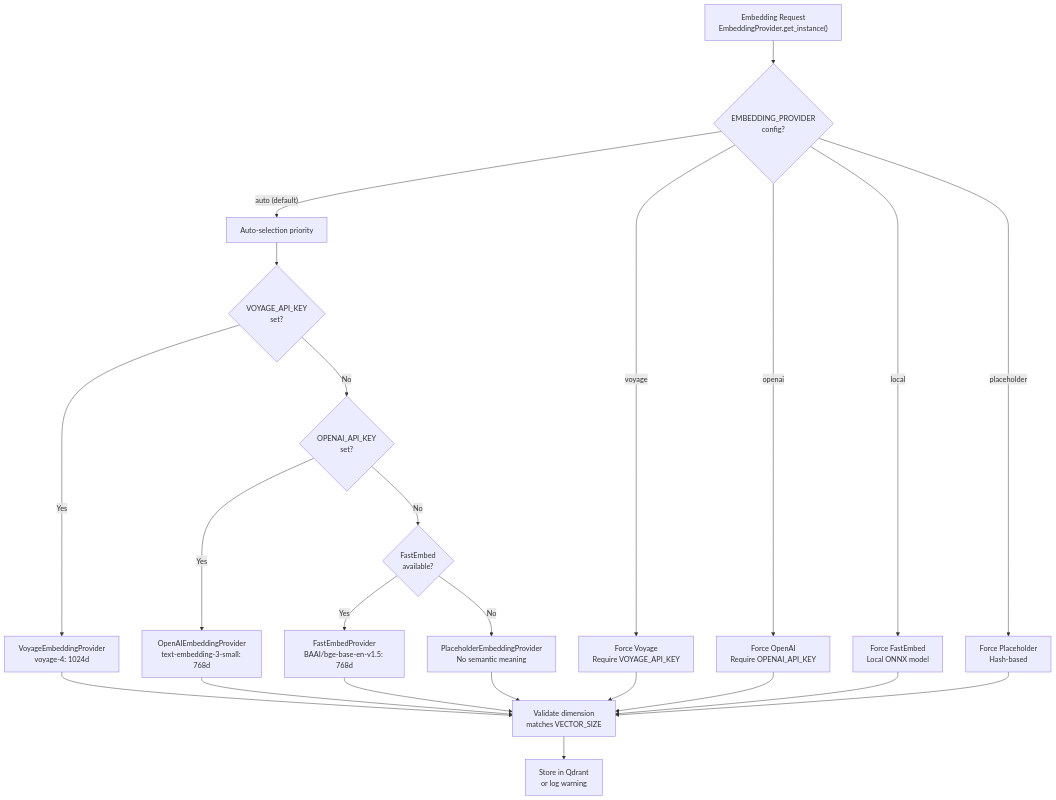
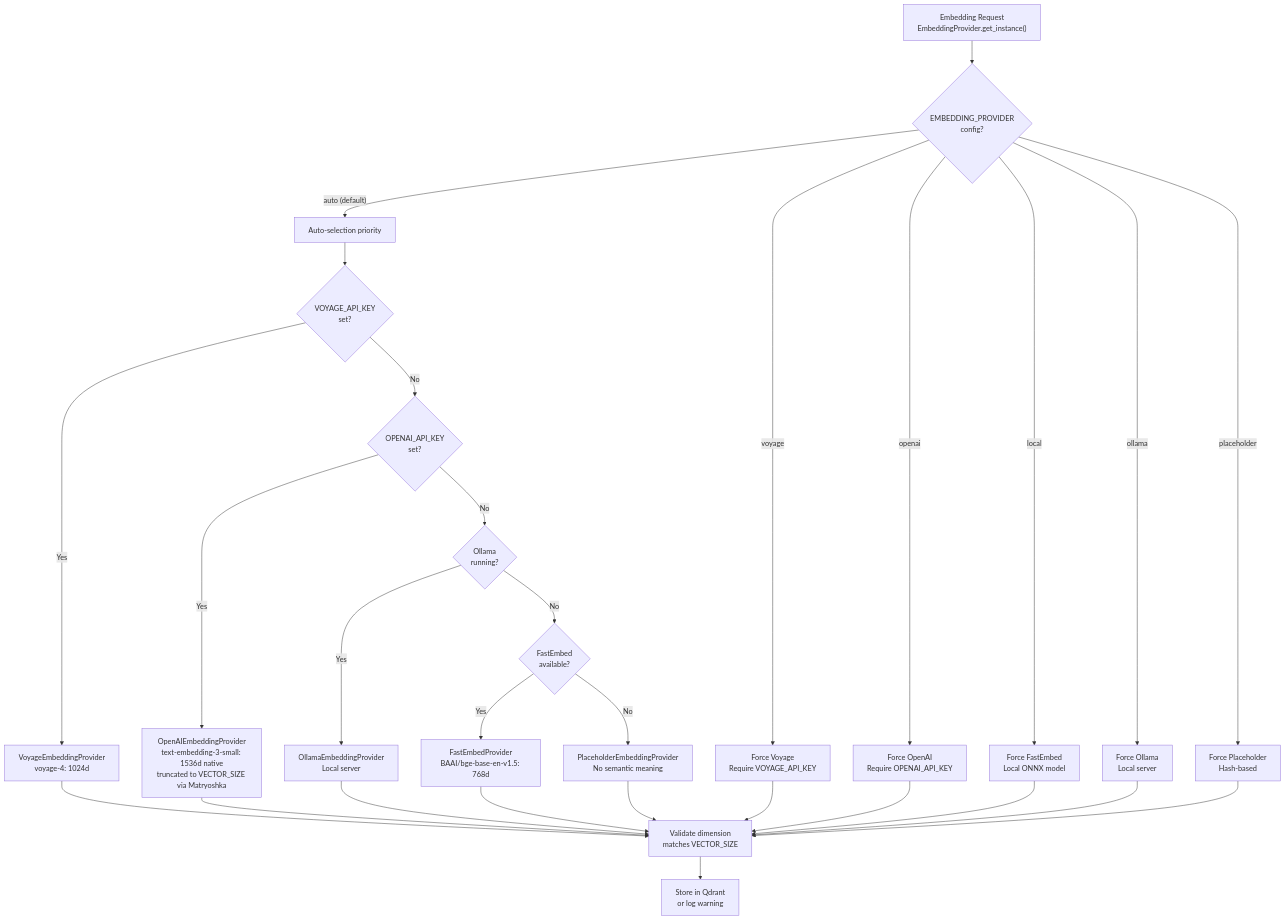
The first of 2 diagrams in src/content/docs/docs/architecture/embeddings.md (verygoodplugins/automem-website), drawn with Mermaid before and after one commit. The commit also changed other lines of this file and 52 other files, not shown here.

````diff
--- a/src/content/docs/docs/architecture/embeddings.md
+++ b/src/content/docs/docs/architecture/embeddings.md
@@ -48,34 +49,40 @@
 ```mermaid
 flowchart TD
     Request["Embedding Request<br/>EmbeddingProvider.get_instance()"]
 
     Request --> CheckConfig{"EMBEDDING_PROVIDER<br/>config?"}
 
     CheckConfig -->|"auto (default)"| Priority["Auto-selection priority"]
     CheckConfig -->|"voyage"| ForceVoyage["Force Voyage<br/>Require VOYAGE_API_KEY"]
     CheckConfig -->|"openai"| ForceOpenAI["Force OpenAI<br/>Require OPENAI_API_KEY"]
     CheckConfig -->|"local"| ForceLocal["Force FastEmbed<br/>Local ONNX model"]
+    CheckConfig -->|"ollama"| ForceOllama["Force Ollama<br/>Local server"]
     CheckConfig -->|"placeholder"| ForcePlaceholder["Force Placeholder<br/>Hash-based"]
 
     Priority --> Try1{"VOYAGE_API_KEY<br/>set?"}
     Try1 -->|Yes| Voyage["VoyageEmbeddingProvider<br/>voyage-4: 1024d"]
     Try1 -->|No| Try2{"OPENAI_API_KEY<br/>set?"}
 
-    Try2 -->|Yes| OpenAI["OpenAIEmbeddingProvider<br/>text-embedding-3-small: 768d"]
-    Try2 -->|No| Try3{"FastEmbed<br/>available?"}
+    Try2 -->|Yes| OpenAI["OpenAIEmbeddingProvider<br/>text-embedding-3-small: 1536d native<br/>truncated to VECTOR_SIZE via Matryoshka"]
+    Try2 -->|No| Try3{"Ollama<br/>running?"}
 
-    Try3 -->|Yes| FastEmbed["FastEmbedProvider<br/>BAAI/bge-base-en-v1.5: 768d"]
-    Try3 -->|No| Placeholder["PlaceholderEmbeddingProvider<br/>No semantic meaning"]
+    Try3 -->|Yes| Ollama["OllamaEmbeddingProvider<br/>Local server"]
+    Try3 -->|No| Try4{"FastEmbed<br/>available?"}
+
+    Try4 -->|Yes| FastEmbed["FastEmbedProvider<br/>BAAI/bge-base-en-v1.5: 768d"]
+    Try4 -->|No| Placeholder["PlaceholderEmbeddingProvider<br/>No semantic meaning"]
 
     Voyage --> Validate["Validate dimension<br/>matches VECTOR_SIZE"]
     OpenAI --> Validate
+    Ollama --> Validate
     FastEmbed --> Validate
     Placeholder --> Validate
 
     ForceVoyage --> Validate
     ForceOpenAI --> Validate
     ForceLocal --> Validate
+    ForceOllama --> Validate
     ForcePlaceholder --> Validate
 
     Validate --> Store["Store in Qdrant<br/>or log warning"]
 ```
````
